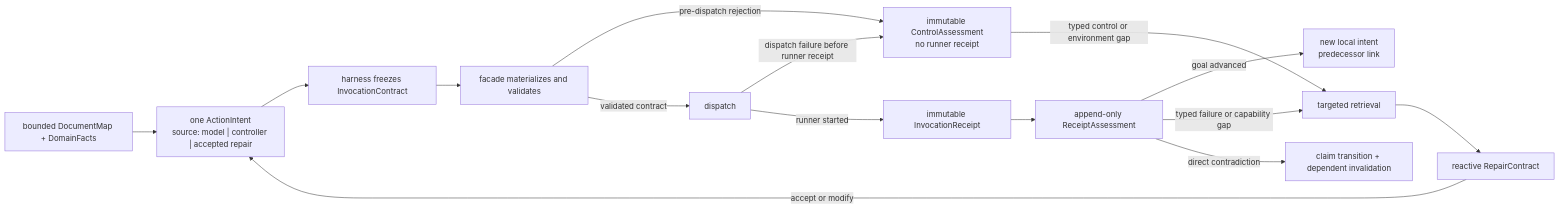
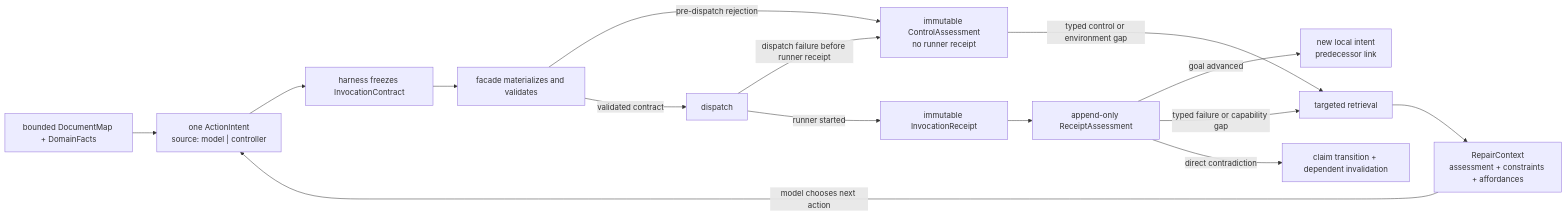
The diagram in docs/superpowers/specs/2026-07-26-build-contract-loop-design.md (Codegass/Setup-Agent), drawn with Mermaid before and after one commit. The commit also changed other lines of this file and 261 other files, not shown here.

````diff
--- a/docs/superpowers/specs/2026-07-26-build-contract-loop-design.md
+++ b/docs/superpowers/specs/2026-07-26-build-contract-loop-design.md
@@ -34,17 +35,17 @@
 ```mermaid
 flowchart LR
-    A["bounded DocumentMap + DomainFacts"] --> B["one ActionIntent<br/>source: model | controller | accepted repair"]
+    A["bounded DocumentMap + DomainFacts"] --> B["one ActionIntent<br/>source: model | controller"]
     B --> C["harness freezes InvocationContract"]
     C --> D["facade materializes and validates"]
     D -- "pre-dispatch rejection" --> K["immutable ControlAssessment<br/>no runner receipt"]
     D -- "validated contract" --> L["dispatch"]
     L -- "dispatch failure before runner receipt" --> K
     L -- "runner started" --> E["immutable InvocationReceipt"]
     E --> F["append-only ReceiptAssessment"]
     F -- "goal advanced" --> G["new local intent<br/>predecessor link"]
     F -- "typed failure or capability gap" --> H["targeted retrieval"]
     K -- "typed control or environment gap" --> H
-    H --> I["reactive RepairContract"]
-    I -- "accept or modify" --> B
+    H --> I["RepairContext<br/>assessment + constraints + affordances"]
+    I -- "model chooses next action" --> B
     F -- "direct contradiction" --> J["claim transition + dependent invalidation"]
 ```
````
